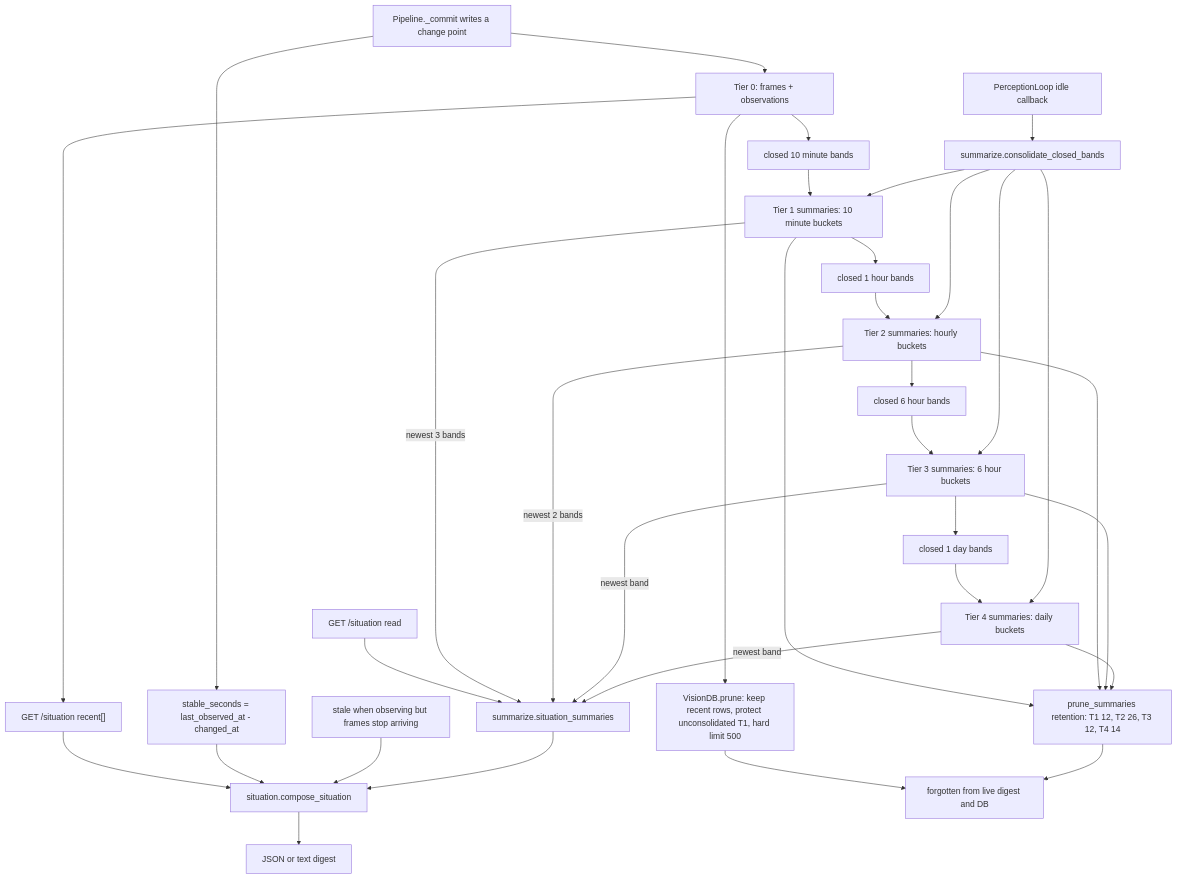
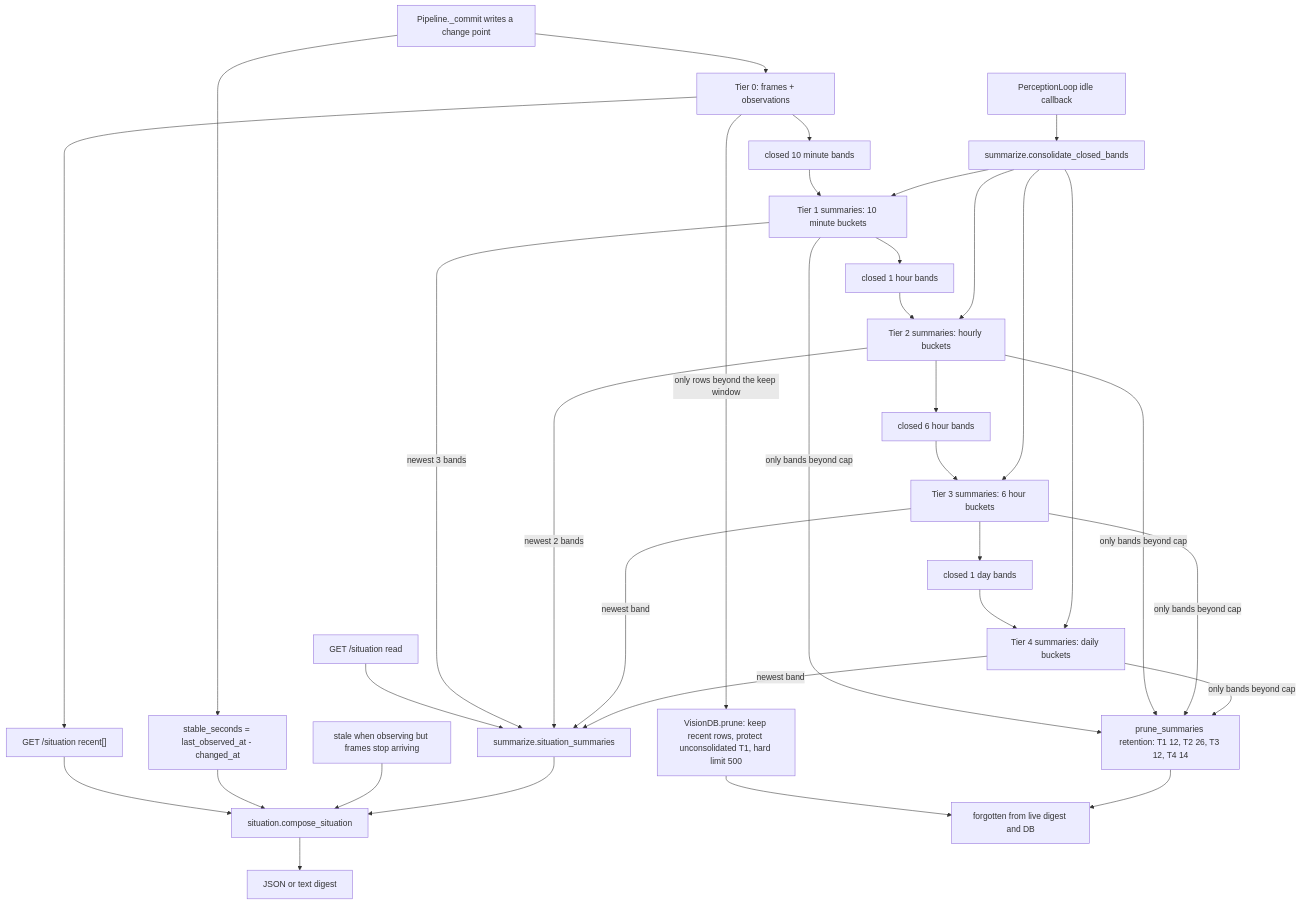
One commit to amariichi/MinimumHeadroom changed the second of 3 diagrams in doc/guides/m12-vision.md. Above: the diagram before and after it, drawn with Mermaid.

Commit message:
docs: m12-vision diagram - label prune edges as over-cap overflow only
Claude-Session: https://claude.ai/code/session_01X76UNTMQk8kpbhXXgZHPUj

````diff
--- a/doc/guides/m12-vision.md
+++ b/doc/guides/m12-vision.md
@@ -104,59 +104,59 @@
 ```mermaid
 flowchart TB
   Commit["Pipeline._commit writes a change point"]
   T0["Tier 0: frames + observations"]
   Recent["GET /situation recent[]"]
   Stable["stable_seconds = last_observed_at - changed_at"]
   Stale["stale when observing but frames stop arriving"]
 
   Band1["closed 10 minute bands"]
   T1["Tier 1 summaries: 10 minute buckets"]
   Band2["closed 1 hour bands"]
   T2["Tier 2 summaries: hourly buckets"]
   Band3["closed 6 hour bands"]
   T3["Tier 3 summaries: 6 hour buckets"]
   Band4["closed 1 day bands"]
   T4["Tier 4 summaries: daily buckets"]
   Idle["PerceptionLoop idle callback"]
   Read["GET /situation read"]
   Consolidate["summarize.consolidate_closed_bands"]
   SituationSummaries["summarize.situation_summaries"]
   Compose["situation.compose_situation"]
   Render["JSON or text digest"]
   PruneRaw["VisionDB.prune: keep recent rows, protect unconsolidated T1, hard limit 500"]
   PruneSummaries["prune_summaries retention: T1 12, T2 26, T3 12, T4 14"]
   Forgotten["forgotten from live digest and DB"]
   Commit --> T0
   Commit --> Stable
   T0 --> Recent
   T0 --> Band1
   Band1 --> T1
   T1 --> Band2
   Band2 --> T2
   T2 --> Band3
   Band3 --> T3
   T3 --> Band4
   Band4 --> T4
   Idle --> Consolidate
   Consolidate --> T1
   Consolidate --> T2
   Consolidate --> T3
   Consolidate --> T4
   Read --> SituationSummaries
   T1 -- "newest 3 bands" --> SituationSummaries
   T2 -- "newest 2 bands" --> SituationSummaries
   T3 -- "newest band" --> SituationSummaries
   T4 -- "newest band" --> SituationSummaries
   Recent --> Compose
   Stable --> Compose
   Stale --> Compose
   SituationSummaries --> Compose
   Compose --> Render
-  T0 --> PruneRaw
-  T1 --> PruneSummaries
-  T2 --> PruneSummaries
-  T3 --> PruneSummaries
-  T4 --> PruneSummaries
+  T0 -- "only rows beyond the keep window" --> PruneRaw
+  T1 -- "only bands beyond cap" --> PruneSummaries
+  T2 -- "only bands beyond cap" --> PruneSummaries
+  T3 -- "only bands beyond cap" --> PruneSummaries
+  T4 -- "only bands beyond cap" --> PruneSummaries
   PruneRaw --> Forgotten
   PruneSummaries --> Forgotten
 ```
````
